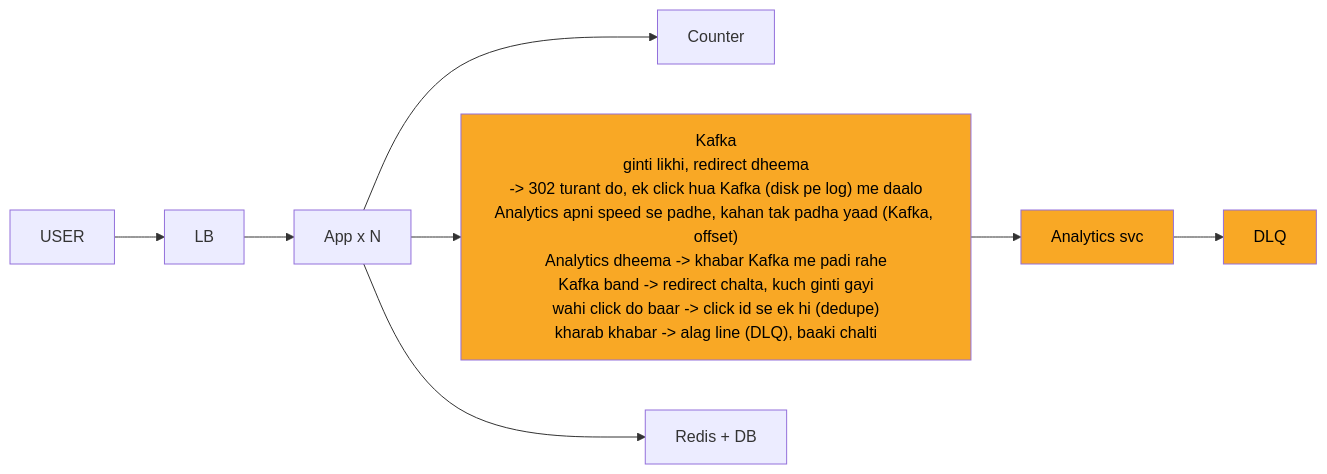
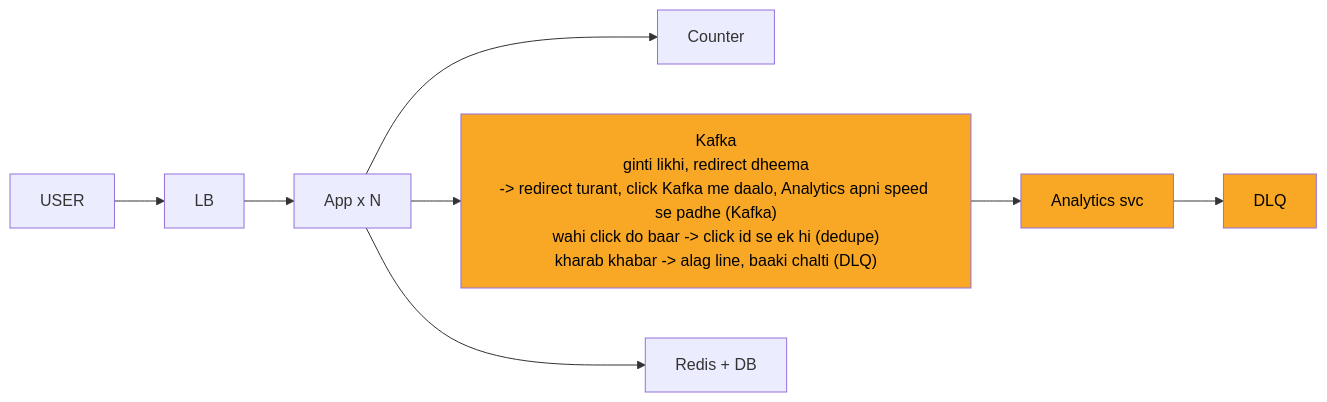
One commit to ArpanMaheshwari144/Prep changed the diagram in 04_HLD/SYSTEM_DESIGNS/01_url_shortener/img/c4.mmd. Above: the diagram before and after it, drawn with Mermaid. The commit also changed 64 other files, not shown here.

```diff
--- a/04_HLD/SYSTEM_DESIGNS/01_url_shortener/img/c4.mmd
+++ b/04_HLD/SYSTEM_DESIGNS/01_url_shortener/img/c4.mmd
@@ -1,20 +1,20 @@
 %%{init: {"flowchart": {"wrappingWidth": 450}}}%%
 flowchart LR
     n_USER["USER"]
     n_LB["LB"]
     n_App_xN["App x N"]
     n_Counter["Counter"]
-    n_Kafka["Kafka<br/>ginti likhi, redirect dheema<br/>-> 302 turant do, ek click hua Kafka (disk pe log) me daalo<br/>Analytics apni speed se padhe, kahan tak padha yaad (Kafka, offset)<br/>Analytics dheema -> khabar Kafka me padi rahe<br/>Kafka band -> redirect chalta, kuch ginti gayi<br/>wahi click do baar -> click id se ek hi (dedupe)<br/>kharab khabar -> alag line (DLQ), baaki chalti"]
+    n_Kafka["Kafka<br/>ginti likhi, redirect dheema<br/>-> redirect turant, click Kafka me daalo, Analytics apni speed se padhe (Kafka)<br/>wahi click do baar -> click id se ek hi (dedupe)<br/>kharab khabar -> alag line, baaki chalti (DLQ)"]
     n_Analytics_svc["Analytics svc"]
     n_DLQ["DLQ"]
     n_RD["Redis + DB"]
     n_USER --> n_LB
     n_LB --> n_App_xN
     n_App_xN --> n_Counter
     n_App_xN --> n_Kafka
     n_App_xN --> n_RD
     n_Kafka --> n_Analytics_svc
     n_Analytics_svc --> n_DLQ
     style n_Kafka fill:#f9a825,color:#000
     style n_Analytics_svc fill:#f9a825,color:#000
     style n_DLQ fill:#f9a825,color:#000
```
